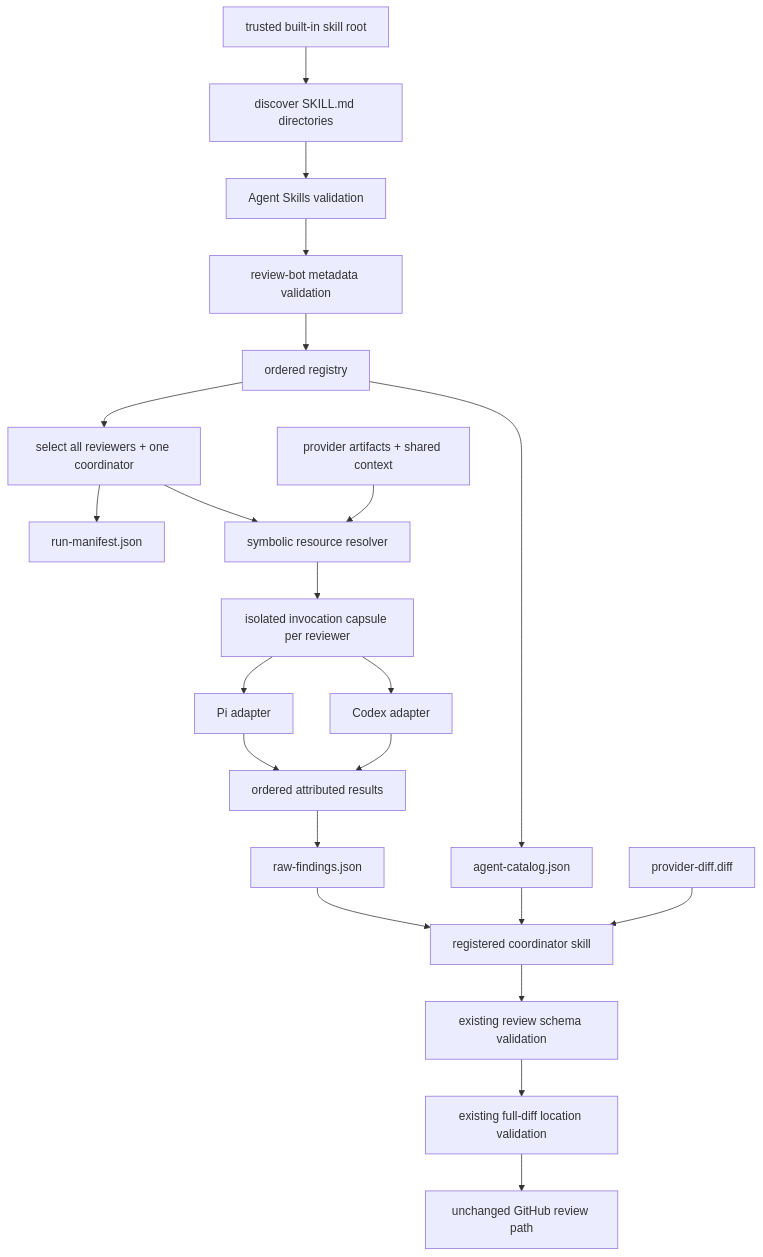
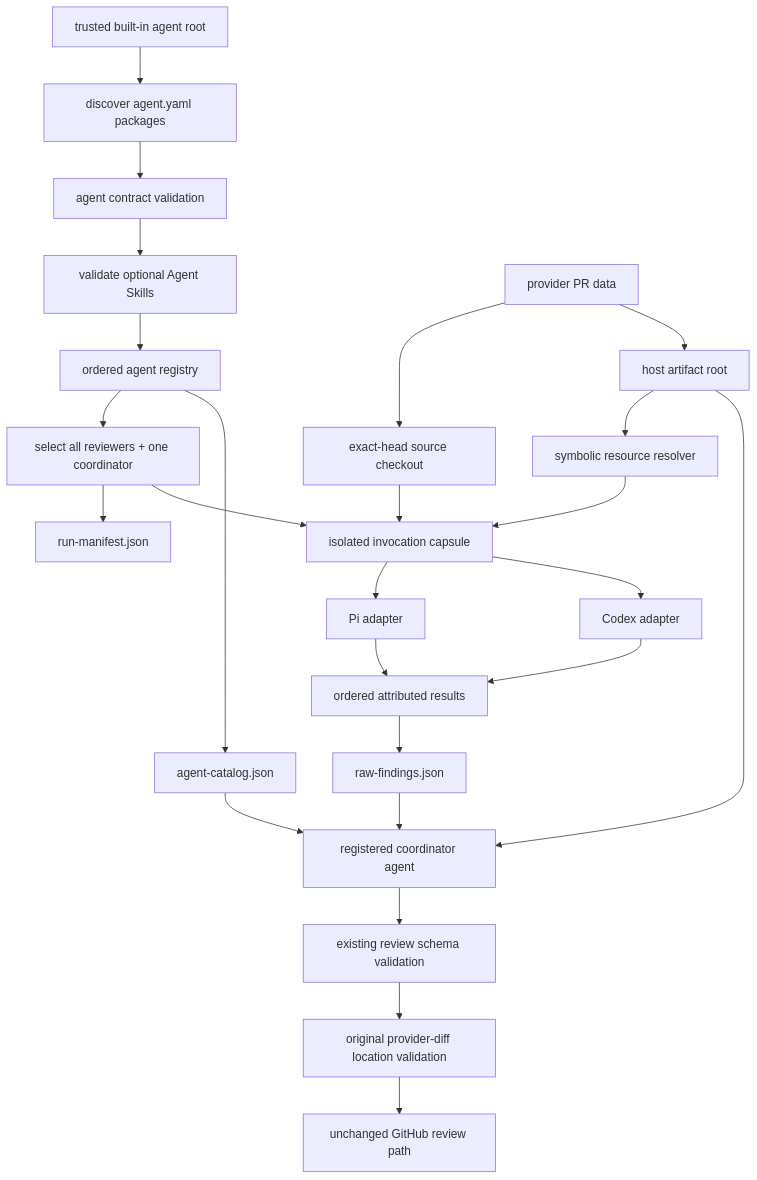
The diagram in openspec/changes/discoverable-review-agent-skills/design.md (sachinkundu/deos-review-agent), drawn with Mermaid before and after one commit. The commit also changed other lines of this file and 3 other files, not shown here.

````diff
--- a/openspec/changes/discoverable-review-agent-skills/design.md
+++ b/openspec/changes/discoverable-review-agent-skills/design.md
@@ -61,26 +107,30 @@
 ```mermaid
 flowchart TD
-    ROOT[trusted built-in skill root] --> DISCOVER[discover SKILL.md directories]
-    DISCOVER --> STANDARD[Agent Skills validation]
-    STANDARD --> CONTRACT[review-bot metadata validation]
-    CONTRACT --> REGISTRY[ordered registry]
+    ROOT[trusted built-in agent root] --> DISCOVER[discover agent.yaml packages]
+    DISCOVER --> AGENT[agent contract validation]
+    AGENT --> SKILLS[validate optional Agent Skills]
+    SKILLS --> REGISTRY[ordered agent registry]
     REGISTRY --> SELECT[select all reviewers + one coordinator]
-    SELECT --> MANIFEST[run-manifest.json]
+    SELECT --> RUNMANIFEST[run-manifest.json]
 
-    INPUTS[provider artifacts + shared context] --> RESOLVE[symbolic resource resolver]
-    SELECT --> RESOLVE
-    RESOLVE --> CAPSULE[isolated invocation capsule per reviewer]
+    GH[provider PR data] --> SOURCE[exact-head source checkout]
+    GH --> ARTIFACTS[host artifact root]
+    ARTIFACTS --> RESOLVE[symbolic resource resolver]
+    SOURCE --> CAPSULE[isolated invocation capsule]
+    RESOLVE --> CAPSULE
+    SELECT --> CAPSULE
+
     CAPSULE --> PI[Pi adapter]
     CAPSULE --> CODEX[Codex adapter]
     PI --> RESULTS[ordered attributed results]
     CODEX --> RESULTS
 
     REGISTRY --> CATALOG[agent-catalog.json]
     RESULTS --> RAW[raw-findings.json]
-    CATALOG --> COORD[registered coordinator skill]
+    CATALOG --> COORD[registered coordinator agent]
     RAW --> COORD
-    FULL[provider-diff.diff] --> COORD
+    ARTIFACTS --> COORD
     COORD --> SCHEMA[existing review schema validation]
-    SCHEMA --> LOCATION[existing full-diff location validation]
+    SCHEMA --> LOCATION[original provider-diff location validation]
     LOCATION --> POST[unchanged GitHub review path]
 ```
````
